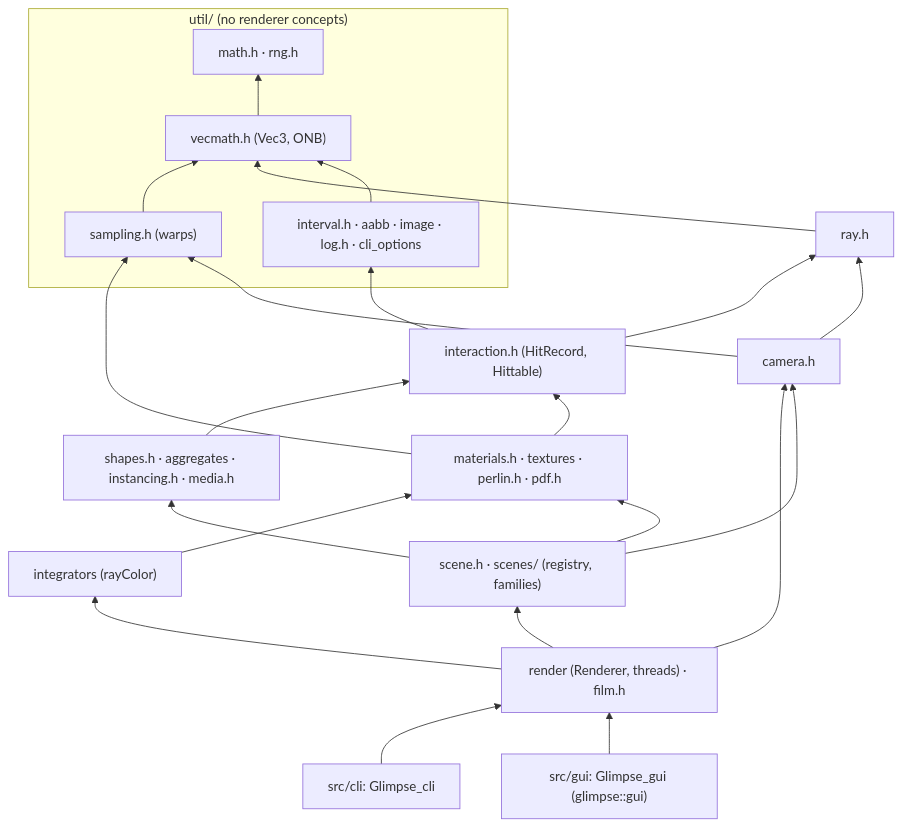
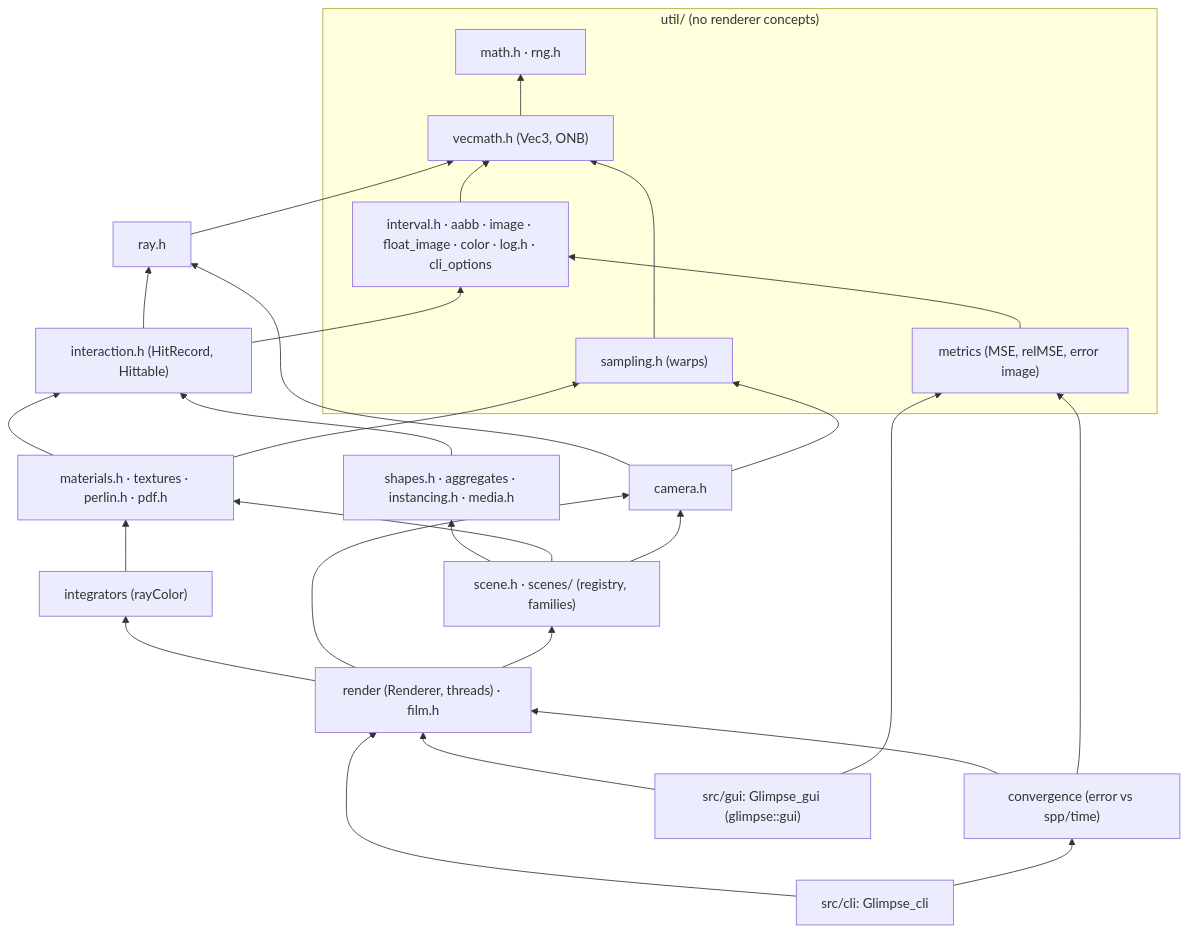
Before and after one commit to NitishPuri/Glimpse: the first of 3 diagrams in docs/architecture.md, drawn with Mermaid. The commit also changed 15 other files, not shown here.

````diff
--- a/docs/architecture.md
+++ b/docs/architecture.md
@@ -33,40 +33,47 @@
 ```mermaid
 flowchart BT
   subgraph util["util/ (no renderer concepts)"]
     math["math.h · rng.h"]
     vecmath["vecmath.h (Vec3, ONB)"]
     sampling["sampling.h (warps)"]
-    misc["interval.h · aabb · image · log.h · cli_options"]
+    misc["interval.h · aabb · image · float_image · color · log.h · cli_options"]
+    metrics["metrics (MSE, relMSE, error image)"]
   end
   ray["ray.h"]
   interaction["interaction.h (HitRecord, Hittable)"]
   geometry["shapes.h · aggregates · instancing.h · media.h"]
   shading["materials.h · textures · perlin.h · pdf.h"]
   camera["camera.h"]
   integrators["integrators (rayColor)"]
   render["render (Renderer, threads) · film.h"]
+  convergence["convergence (error vs spp/time)"]
   scenes["scene.h · scenes/ (registry, families)"]
   cli["src/cli: Glimpse_cli"]
   gui["src/gui: Glimpse_gui (glimpse::gui)"]
 
   vecmath --> math
   sampling --> vecmath
   ray --> vecmath
   misc --> vecmath
+  metrics --> misc
   interaction --> ray
   interaction --> misc
   geometry --> interaction
   shading --> interaction
   shading --> sampling
   camera --> ray
   camera --> sampling
   integrators --> shading
   render --> integrators
   render --> camera
   render --> scenes
   scenes --> geometry
   scenes --> shading
   scenes --> camera
+  convergence --> render
+  convergence --> metrics
   cli --> render
+  cli --> convergence
   gui --> render
+  gui --> metrics
 ```
````
